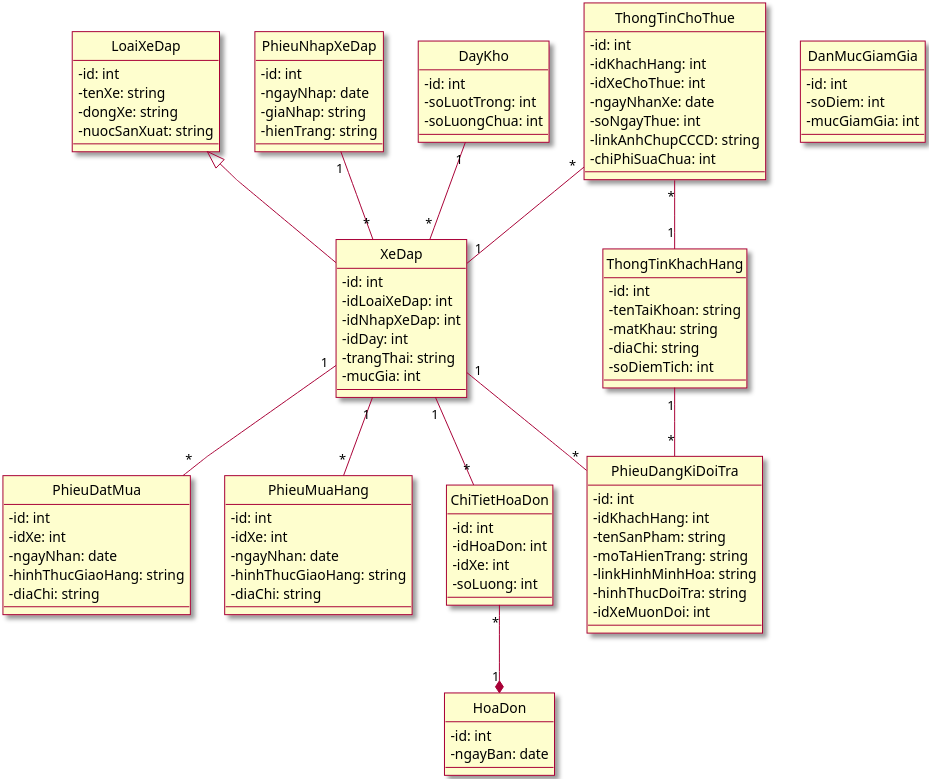
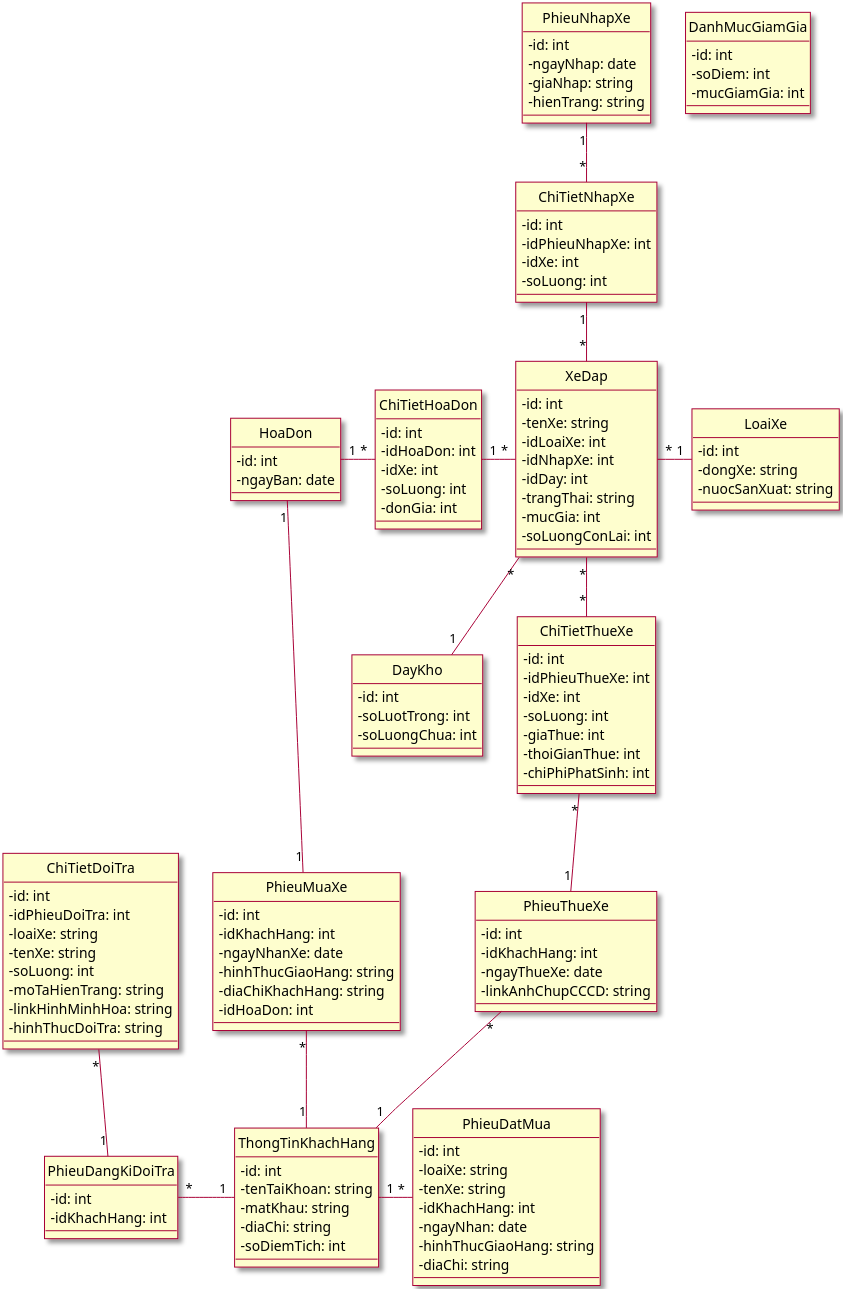
One commit to Marowota/SE100-plantuml changed the diagram in excercise/class.puml. Above: the diagram before and after it, drawn with PlantUML. The commit also changed 2 other files, not shown here.

```diff
--- a/excercise/class.puml
+++ b/excercise/class.puml
@@ -1,122 +1,141 @@
 @startuml Class Diagram
 
 skin rose
 skinparam classAttributeIconSize 0
 ' skinparam linetype ortho
 skinparam linetype polyline
 hide circle
 scale 3
 
-class LoaiXeDap {
+class LoaiXe {
     - id: int
-    - tenXe: string
     - dongXe: string
     - nuocSanXuat: string
 }
 
-class PhieuNhapXeDap{
+class PhieuNhapXe{
     - id: int
     - ngayNhap: date
     - giaNhap: string
     - hienTrang: string 
 }
 
 
 class DayKho {
     - id: int
     - soLuotTrong: int
     - soLuongChua: int
 }
 
 class XeDap {
     - id: int
-    - idLoaiXeDap: int
-    - idNhapXeDap: int
+    - tenXe: string
+    - idLoaiXe: int
+    - idNhapXe: int
     - idDay: int
     - trangThai: string
     - mucGia: int
+    - soLuongConLai: int
 }
 
 class PhieuDatMua {
     - id: int
-    - idXe: int
+    - loaiXe: string
+    - tenXe: string
+    - idKhachHang: int
     - ngayNhan: date
     - hinhThucGiaoHang: string
     - diaChi: string
 }
 
-class PhieuMuaHang {
+class PhieuMuaXe {
     - id: int
-    - idXe: int
-    - ngayNhan: date
+    - idKhachHang: int
+    - ngayNhanXe: date
     - hinhThucGiaoHang: string
-    - diaChi: string
+    - diaChiKhachHang: string
+    - idHoaDon: int
 }
 
 class HoaDon {
     - id: int
     - ngayBan: date
 }
 
 class ChiTietHoaDon {
     - id: int
     - idHoaDon: int
     - idXe: int
     - soLuong: int
+    - donGia: int
 }
 
 class PhieuDangKiDoiTra {
     - id: int
     - idKhachHang: int
-    - tenSanPham: string
+}
+
+class ChiTietDoiTra {
+    - id: int
+    - idPhieuDoiTra: int
+    - loaiXe: string
+    - tenXe: string
+    - soLuong: int
     - moTaHienTrang: string
     - linkHinhMinhHoa: string
     - hinhThucDoiTra: string
-    - idXeMuonDoi: int
 }
 
-class ThongTinChoThue {
+class PhieuThueXe {
     - id: int
     - idKhachHang: int
-    - idXeChoThue: int
-    - ngayNhanXe: date
-    - soNgayThue: int
+    - ngayThueXe: date
     - linkAnhChupCCCD: string
-    - chiPhiSuaChua: int
 }
 
 class ThongTinKhachHang{
     - id: int
     - tenTaiKhoan: string
     - matKhau: string
     - diaChi: string
     - soDiemTich: int
 }
 
-class DanMucGiamGia {
+class DanhMucGiamGia {
     - id: int
     - soDiem: int
     - mucGiamGia: int
 }
 
-LoaiXeDap <|-- XeDap
-ChiTietHoaDon "*"--*"1" HoaDon
-PhieuNhapXeDap "1"--"*" XeDap
-DayKho "1"--"*" XeDap
-XeDap "1"--"*" ChiTietHoaDon
-XeDap "1"--"*" PhieuDangKiDoiTra
-ThongTinKhachHang "1"--"*" PhieuDangKiDoiTra
-XeDap "1"--"*" PhieuMuaHang
-XeDap "1"--"*" PhieuDatMua
-ThongTinChoThue "*"--"1" ThongTinKhachHang
-ThongTinChoThue "*"--"1" XeDap
+class ChiTietNhapXe {
+    - id: int
+    - idPhieuNhapXe: int
+    - idXe: int
+    - soLuong: int
+}
 
+class ChiTietThueXe {
+    - id: int
+    - idPhieuThueXe: int
+    - idXe: int
+    - soLuong: int
+    - giaThue: int
+    - thoiGianThue: int
+    - chiPhiPhatSinh: int
+}
 
-
-
-
-
-
-
-
+LoaiXe "1" -left- "*" XeDap
+PhieuNhapXe "1" -- "*" ChiTietNhapXe
+ChiTietNhapXe "1" -- "*" XeDap
+XeDap "*" -- "1" DayKho
+XeDap "*" -- "*" ChiTietThueXe
+ChiTietThueXe "*" -- "1" PhieuThueXe
+PhieuThueXe "*" -- "1" ThongTinKhachHang
+PhieuMuaXe "*" -- "1" ThongTinKhachHang
+PhieuMuaXe "1" -up- "1" HoaDon
+HoaDon "1" -right- "*" ChiTietHoaDon
+ChiTietHoaDon "1" -right- "*" XeDap
+ThongTinKhachHang "1" -right- "*" PhieuDatMua
+ThongTinKhachHang "1" -left- "*" PhieuDangKiDoiTra
+PhieuDangKiDoiTra "1" -up- "*" ChiTietDoiTra 
 @enduml
```
